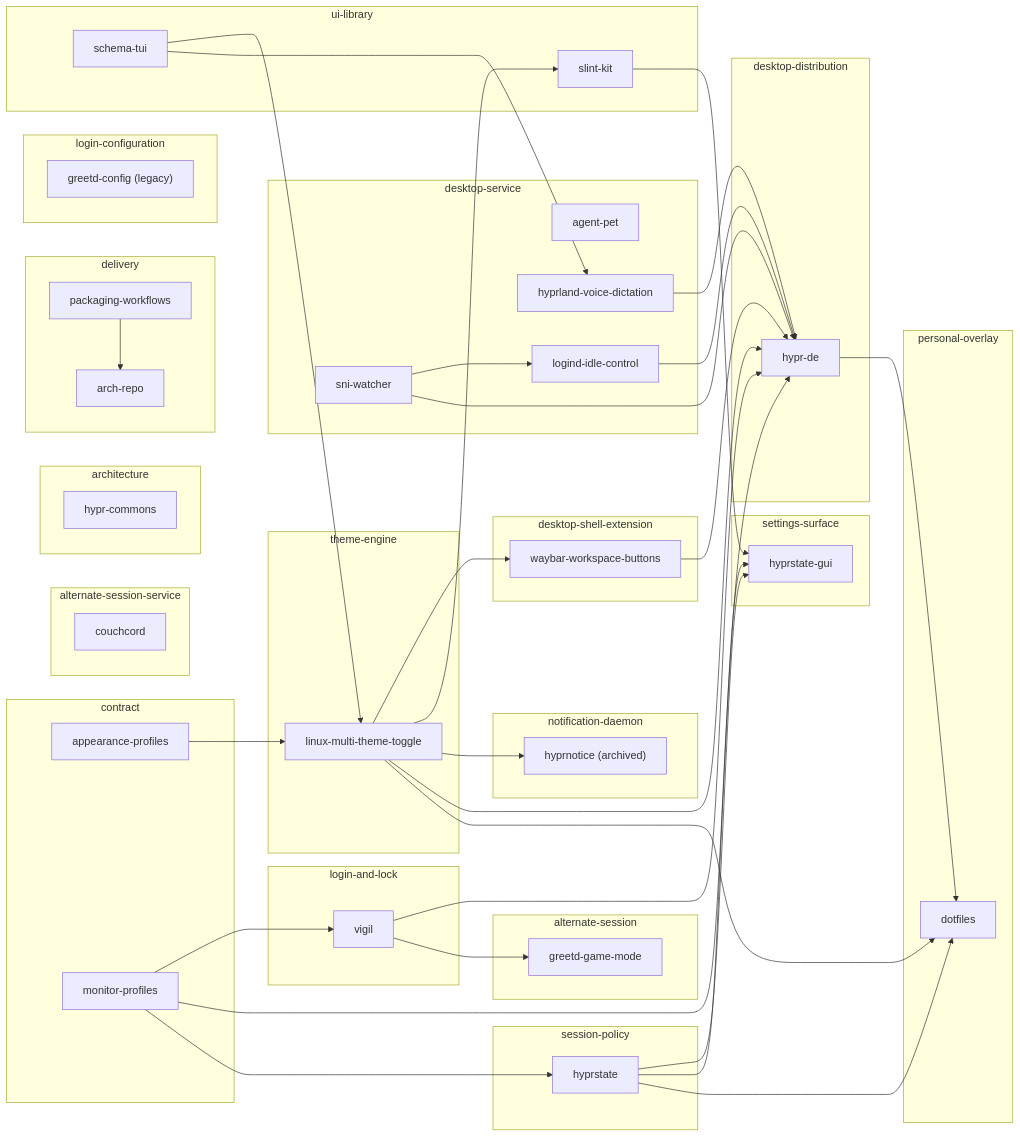
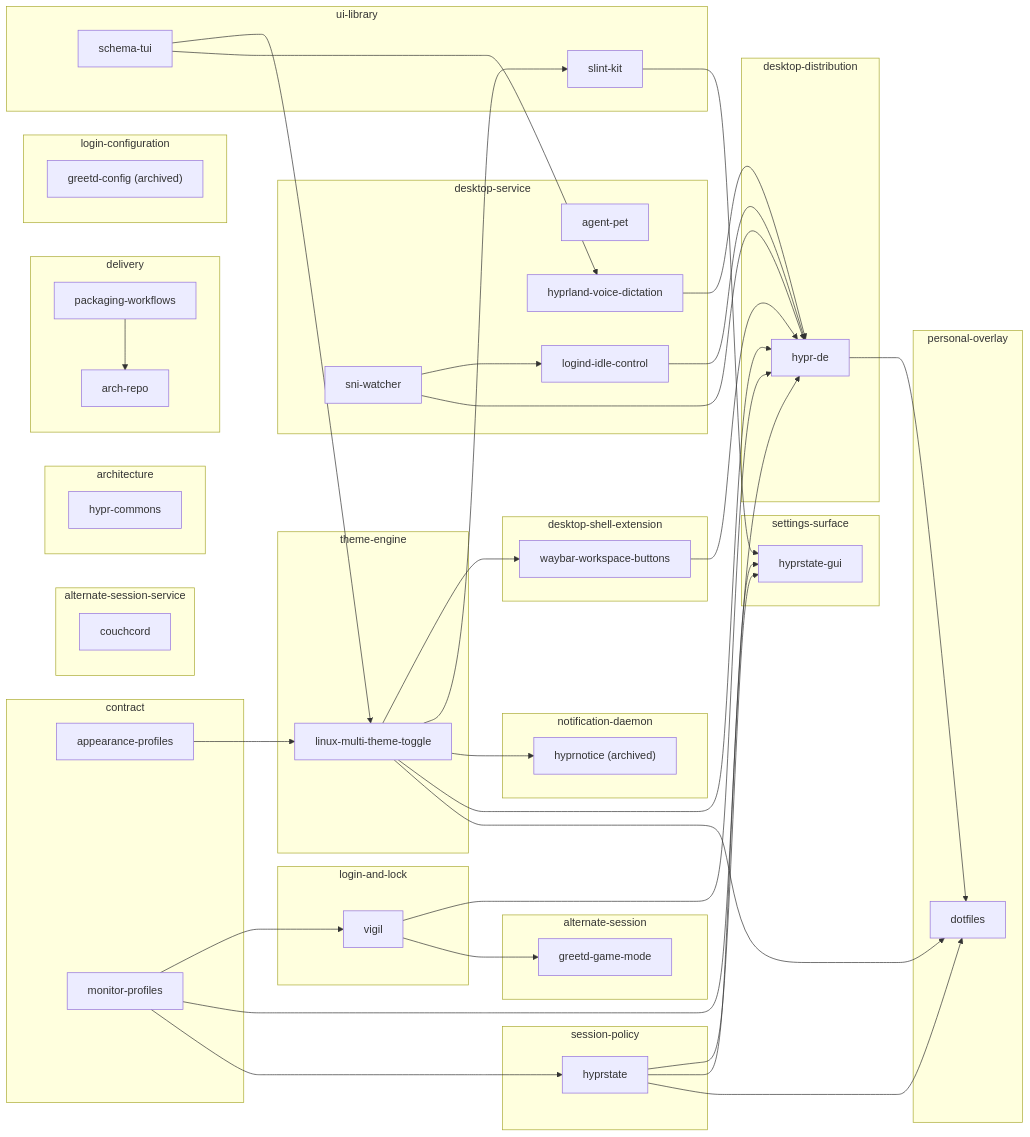
One commit to MasonRhodesDev/desktop-commons changed the diagram in docs/ECOSYSTEM.md. Above: the diagram before and after it, drawn with Mermaid. The commit also changed other lines of this file and 5 other files, not shown here.

````diff
--- a/docs/ECOSYSTEM.md
+++ b/docs/ECOSYSTEM.md
@@ -7,81 +7,81 @@
 ```mermaid
 flowchart LR
     subgraph role_alternate_session["alternate-session"]
         repo_greetd_game_mode["greetd-game-mode"]
     end
     subgraph role_alternate_session_service["alternate-session-service"]
         repo_couchcord["couchcord"]
     end
     subgraph role_architecture["architecture"]
         repo_hypr_commons["hypr-commons"]
     end
     subgraph role_contract["contract"]
         repo_appearance_profiles["appearance-profiles"]
         repo_monitor_profiles["monitor-profiles"]
     end
     subgraph role_delivery["delivery"]
         repo_arch_repo["arch-repo"]
         repo_packaging_workflows["packaging-workflows"]
     end
     subgraph role_desktop_distribution["desktop-distribution"]
         repo_hypr_de["hypr-de"]
     end
     subgraph role_desktop_service["desktop-service"]
         repo_agent_pet["agent-pet"]
         repo_hyprland_voice_dictation["hyprland-voice-dictation"]
         repo_logind_idle_control["logind-idle-control"]
         repo_sni_watcher["sni-watcher"]
     end
     subgraph role_desktop_shell_extension["desktop-shell-extension"]
         repo_waybar_workspace_buttons["waybar-workspace-buttons"]
     end
     subgraph role_login_and_lock["login-and-lock"]
         repo_vigil["vigil"]
     end
     subgraph role_login_configuration["login-configuration"]
-        repo_greetd_config["greetd-config (legacy)"]
+        repo_greetd_config["greetd-config (archived)"]
     end
     subgraph role_notification_daemon["notification-daemon"]
         repo_hyprnotice["hyprnotice (archived)"]
     end
     subgraph role_personal_overlay["personal-overlay"]
         repo_dotfiles["dotfiles"]
     end
     subgraph role_session_policy["session-policy"]
         repo_hyprstate["hyprstate"]
     end
     subgraph role_settings_surface["settings-surface"]
         repo_hyprstate_gui["hyprstate-gui"]
     end
     subgraph role_theme_engine["theme-engine"]
         repo_linux_multi_theme_toggle["linux-multi-theme-toggle"]
     end
     subgraph role_ui_library["ui-library"]
         repo_schema_tui["schema-tui"]
         repo_slint_kit["slint-kit"]
     end
     repo_packaging_workflows --> repo_arch_repo
     repo_hypr_de --> repo_dotfiles
     repo_hyprstate --> repo_dotfiles
     repo_linux_multi_theme_toggle --> repo_dotfiles
     repo_vigil --> repo_greetd_game_mode
     repo_hyprland_voice_dictation --> repo_hypr_de
     repo_hyprstate --> repo_hypr_de
     repo_linux_multi_theme_toggle --> repo_hypr_de
     repo_logind_idle_control --> repo_hypr_de
     repo_sni_watcher --> repo_hypr_de
     repo_vigil --> repo_hypr_de
     repo_waybar_workspace_buttons --> repo_hypr_de
     repo_schema_tui --> repo_hyprland_voice_dictation
     repo_linux_multi_theme_toggle --> repo_hyprnotice
     repo_monitor_profiles --> repo_hyprstate
     repo_hyprstate --> repo_hyprstate_gui
     repo_monitor_profiles --> repo_hyprstate_gui
     repo_slint_kit --> repo_hyprstate_gui
     repo_appearance_profiles --> repo_linux_multi_theme_toggle
     repo_schema_tui --> repo_linux_multi_theme_toggle
     repo_sni_watcher --> repo_logind_idle_control
     repo_linux_multi_theme_toggle --> repo_slint_kit
     repo_monitor_profiles --> repo_vigil
     repo_linux_multi_theme_toggle --> repo_waybar_workspace_buttons
 ```
````
